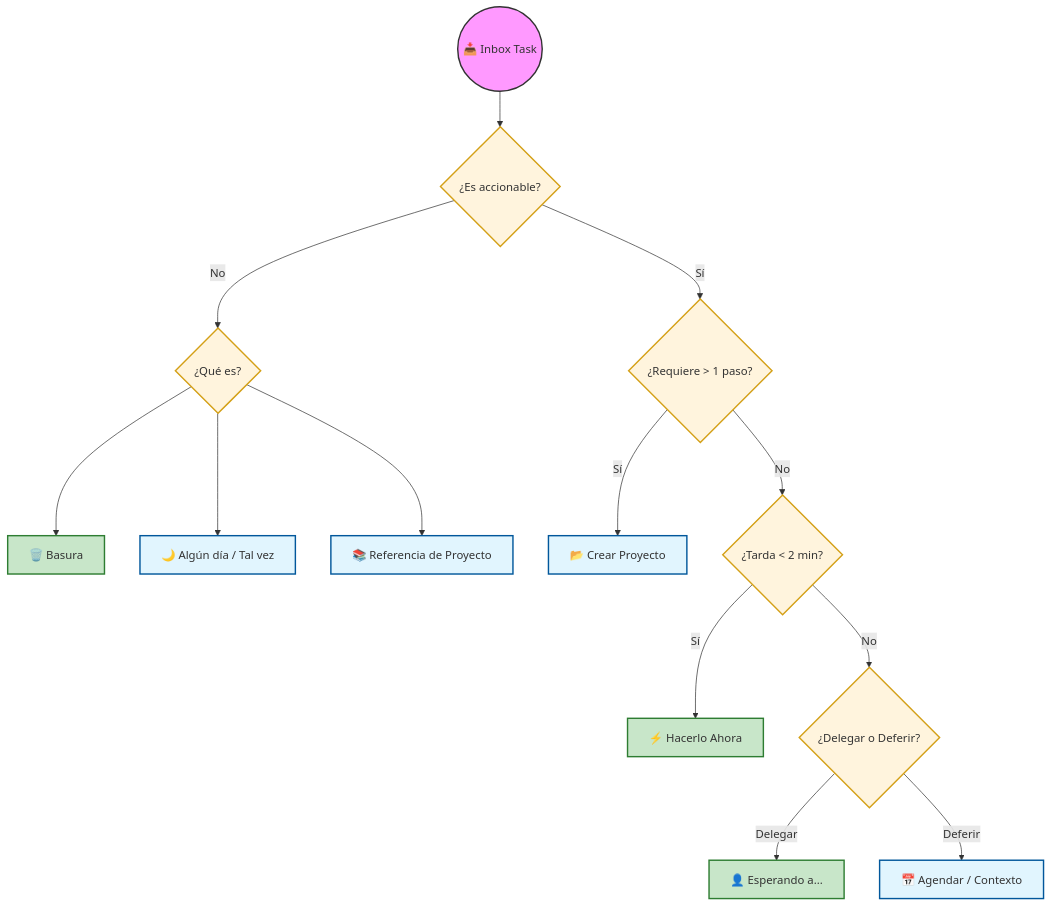
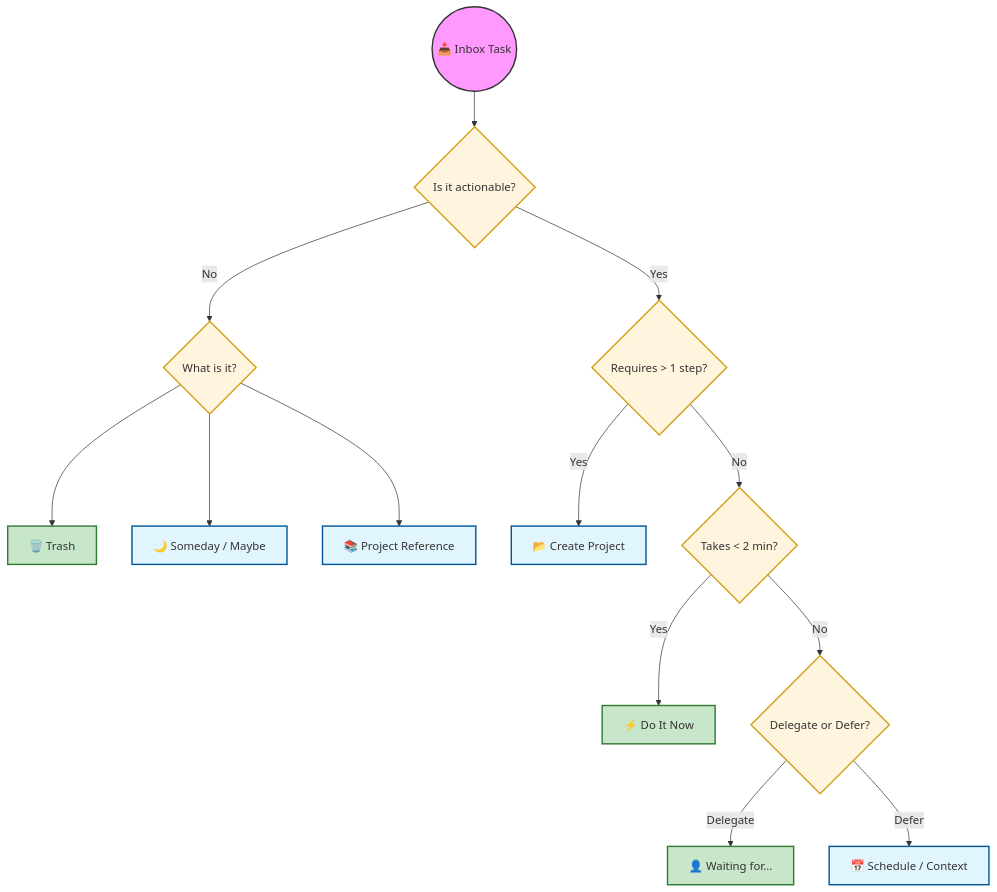
One commit to juanpanasiti/gtd-master changed the first of 4 diagrams in USAGE.md. Above: the diagram before and after it, drawn with Mermaid. The commit also changed other lines of this file and 2 other files, not shown here.

````diff
--- a/USAGE.md
+++ b/USAGE.md
@@ -39,33 +39,33 @@
 ```mermaid
 graph TD
-    %% Estilos de nodos
+    %% Node styles
     classDef start fill:#f9f,stroke:#333,stroke-width:2px;
     classDef decision fill:#fff4dd,stroke:#d4a017,stroke-width:2px;
     classDef action fill:#e1f5fe,stroke:#01579b,stroke-width:2px;
     classDef terminal fill:#c8e6c9,stroke:#2e7d32,stroke-width:2px;
 
-    Entry((📥 Inbox Task)) --> Actionable{¿Es accionable?}
+    Entry((📥 Inbox Task)) --> Actionable{Is it actionable?}
     
-    %% Camino No Accionable
-    Actionable -- No --> NonActionable{¿Qué es?}
-    NonActionable --> Trash[🗑️ Basura]
-    NonActionable --> Someday[🌙 Algún día / Tal vez]
-    NonActionable --> Ref[📚 Referencia de Proyecto]
+    %% Non-Actionable path
+    Actionable -- No --> NonActionable{What is it?}
+    NonActionable --> Trash[🗑️ Trash]
+    NonActionable --> Someday[🌙 Someday / Maybe]
+    NonActionable --> Ref[📚 Project Reference]
     
-    %% Camino Accionable
-    Actionable -- Sí --> MultiStep{¿Requiere > 1 paso?}
+    %% Actionable path
+    Actionable -- Yes --> MultiStep{Requires > 1 step?}
     
-    MultiStep -- Sí --> Project[📂 Crear Proyecto]
-    MultiStep -- No --> TwoMin{¿Tarda < 2 min?}
+    MultiStep -- Yes --> Project[📂 Create Project]
+    MultiStep -- No --> TwoMin{Takes < 2 min?}
     
-    TwoMin -- Sí --> DoIt[⚡ Hacerlo Ahora]
-    TwoMin -- No --> DelegateDefer{¿Delegar o Deferir?}
+    TwoMin -- Yes --> DoIt[⚡ Do It Now]
+    TwoMin -- No --> DelegateDefer{Delegate or Defer?}
     
-    DelegateDefer -- Delegar --> Delegate[👤 Esperando a...]
-    DelegateDefer -- Deferir --> Calendar[📅 Agendar / Contexto]
+    DelegateDefer -- Delegate --> Delegate[👤 Waiting for...]
+    DelegateDefer -- Defer --> Calendar[📅 Schedule / Context]
 
     class Entry start;
     class Actionable,MultiStep,TwoMin,NonActionable,DelegateDefer decision;
     class Project,Calendar,Someday,Ref action;
     class DoIt,Trash,Delegate terminal;
 ```
````
